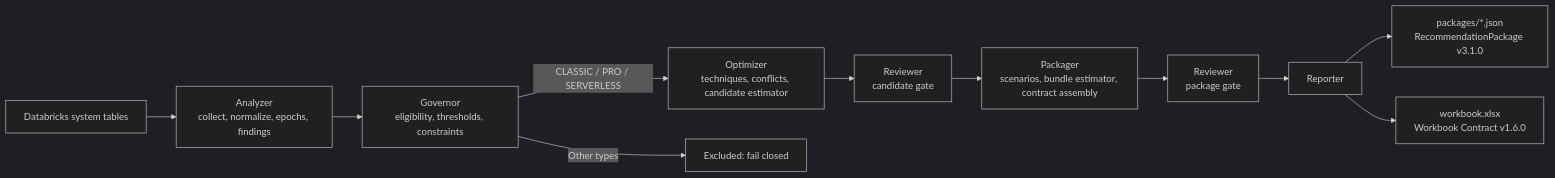
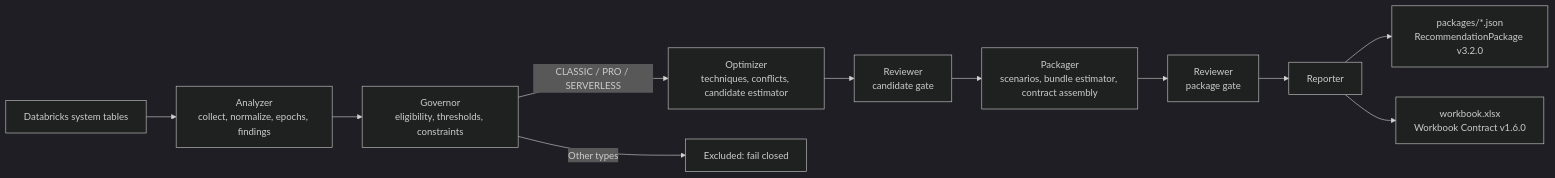
The diagram in README.md (thiaga-gk/expert-funicular), drawn with Mermaid (dark theme) before and after one commit. The commit also changed other lines of this file and 842 other files, not shown here.

````diff
--- a/README.md
+++ b/README.md
@@ -19,13 +19,13 @@
 ```mermaid
 flowchart LR
     ST[Databricks system tables] --> A[Analyzer<br/>collect, normalize, epochs, findings]
     A --> G[Governor<br/>eligibility, thresholds, constraints]
     G -->|CLASSIC / PRO / SERVERLESS| O[Optimizer<br/>techniques, conflicts, candidate estimator]
     G -->|Other types| X[Excluded: fail closed]
     O --> R1[Reviewer<br/>candidate gate]
     R1 --> P[Packager<br/>scenarios, bundle estimator, contract assembly]
     P --> R2[Reviewer<br/>package gate]
     R2 --> RP[Reporter]
-    RP --> J[packages/*.json<br/>RecommendationPackage v3.1.0]
+    RP --> J[packages/*.json<br/>RecommendationPackage v3.2.0]
     RP --> W[workbook.xlsx<br/>Workbook Contract v1.6.0]
 ```
````
